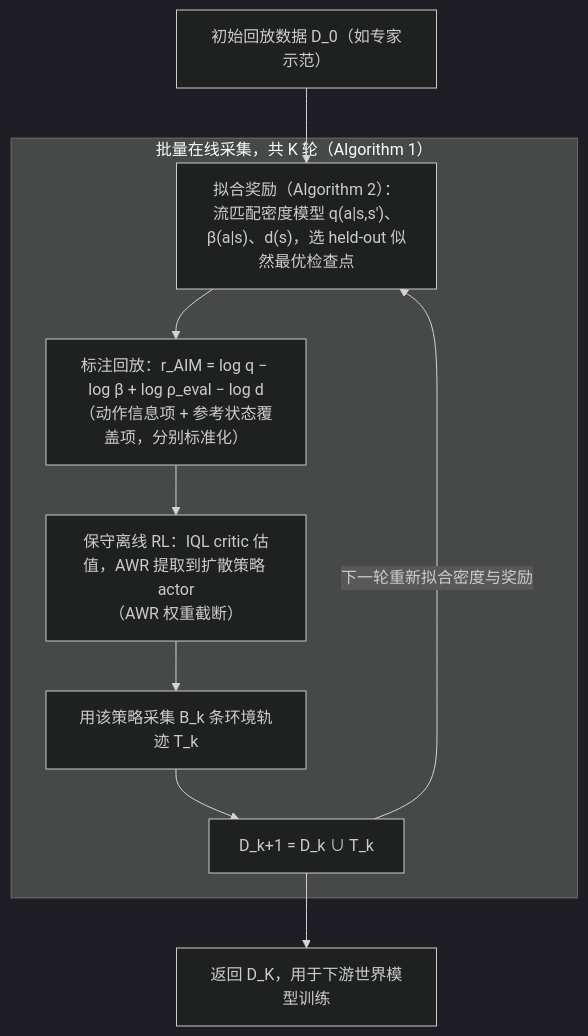
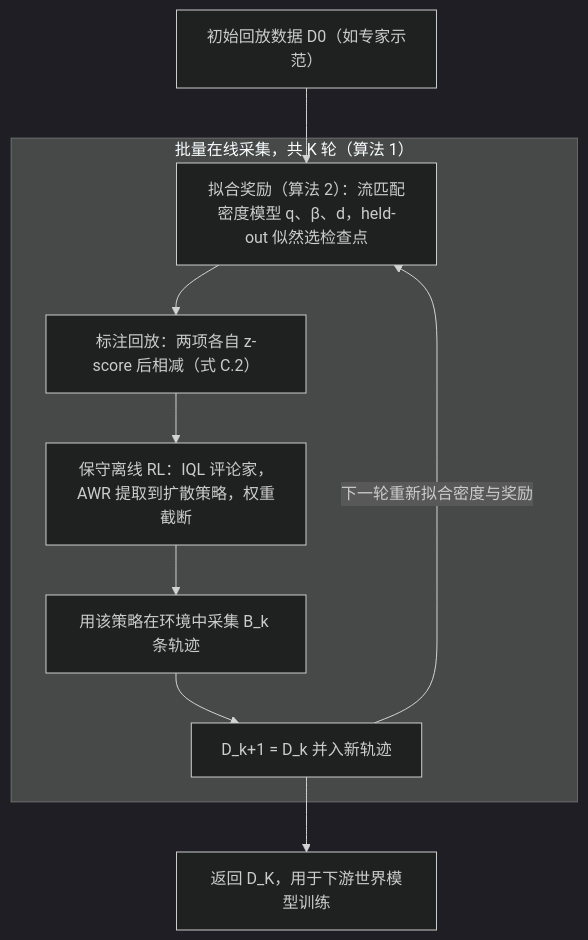
Before and after one commit to ImChong/Robotics_Notebooks: the diagram in wiki/entities/paper-aim-action-influence-maximization.md, drawn with Mermaid (dark theme). The commit also changed other lines of this file and 196 other files, not shown here.

````diff
--- a/wiki/entities/paper-aim-action-influence-maximization.md
+++ b/wiki/entities/paper-aim-action-influence-maximization.md
@@ -44,13 +68,13 @@
 ```mermaid
 flowchart TD
-    D0["初始回放数据 D_0（如专家示范）"] --> FIT
-    subgraph LOOP["批量在线采集，共 K 轮（Algorithm 1）"]
-        FIT["拟合奖励（Algorithm 2）：<br/>流匹配密度模型 q(a|s,s')、β(a|s)、d(s)，选 held-out 似然最优检查点"]
-        FIT --> ANN["标注回放：r_AIM = log q − log β + log ρ_eval − log d<br/>（动作信息项 + 参考状态覆盖项，分别标准化）"]
-        ANN --> POL["保守离线 RL：IQL critic 估值，AWR 提取到扩散策略 actor<br/>（AWR 权重截断）"]
-        POL --> COL["用该策略采集 B_k 条环境轨迹 T_k"]
-        COL --> ADD["D_k+1 = D_k ∪ T_k"]
+    D0["初始回放数据 D0（如专家示范）"] --> FIT
+    subgraph LOOP["批量在线采集，共 K 轮（算法 1）"]
+        FIT["拟合奖励（算法 2）：流匹配密度模型 q、β、d，held-out 似然选检查点"]
+        FIT --> ANN["标注回放：两项各自 z-score 后相减（式 C.2）"]
+        ANN --> POL["保守离线 RL：IQL 评论家，AWR 提取到扩散策略，权重截断"]
+        POL --> COL["用该策略在环境中采集 B_k 条轨迹"]
+        COL --> ADD["D_k+1 = D_k 并入新轨迹"]
     end
     ADD -->|"下一轮重新拟合密度与奖励"| FIT
     ADD --> OUT["返回 D_K，用于下游世界模型训练"]
 ```
````
